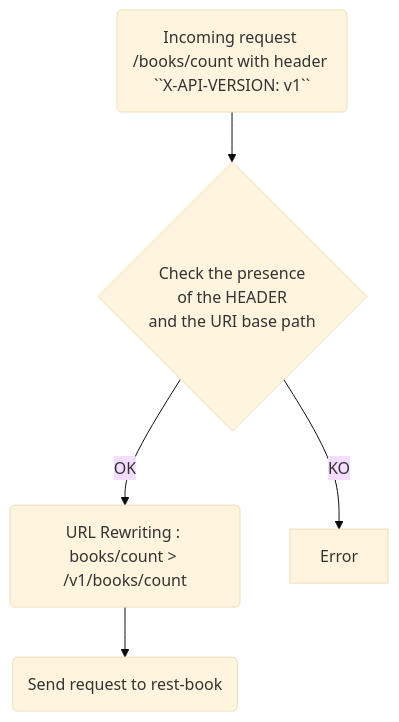
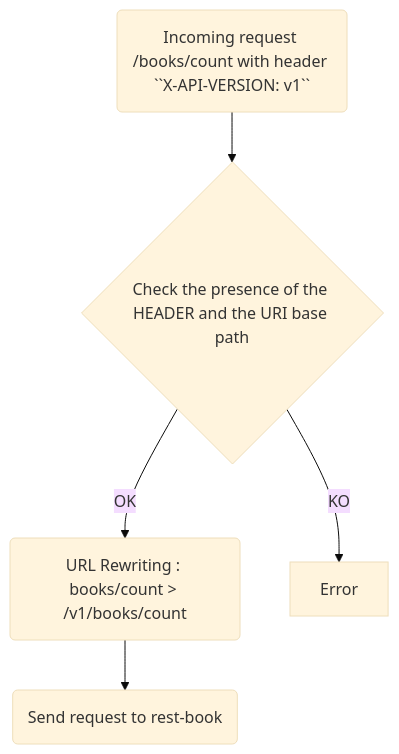
The diagram in docs/02-first_version.md (alexandre-touret/rest-apis-versioning-workshop), drawn with Mermaid (base theme) before and after one commit. The commit also changed other lines of this file and 3 other files, not shown here.

````diff
--- a/docs/02-first_version.md
+++ b/docs/02-first_version.md
@@ -282,8 +286,8 @@
 ```mermaid
 flowchart TD
-    A(Incoming request /books/count with header ``X-API-VERSION: v1``) --> B{Check the presence \n of the HEADER \n and the URI base path}
+    A(Incoming request /books/count with header ``X-API-VERSION: v1``) --> B{Check the presence of the HEADER and the URI base path}
     B -->|OK| C(URL Rewriting : books/count > /v1/books/count )
     B -->|KO| D[Error]
     C -->E(Send request to rest-book)
 
 ```
````
